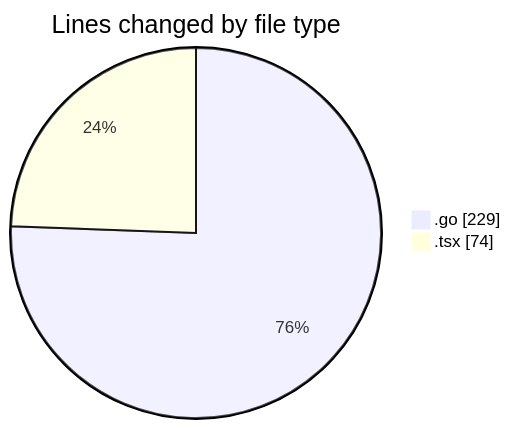
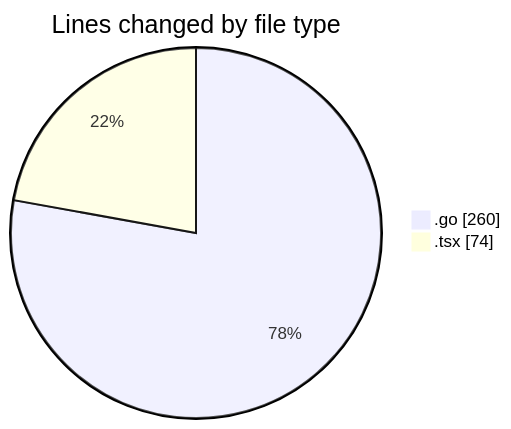
One commit to robertbonfada/code-tracking changed the first of 2 diagrams in 2025-02-21/termonied_testador/README.md. Above: the diagram before and after it, drawn with Mermaid. The commit also changed other lines of this file and 1 other file, not shown here.

````diff
--- a/2025-02-21/termonied_testador/README.md
+++ b/2025-02-21/termonied_testador/README.md
@@ -26,6 +26,6 @@
 ```mermaid
 pie showData
 title Lines changed by file type
-".go" : 229
+".go" : 260
 ".tsx" : 74
 ```
````
